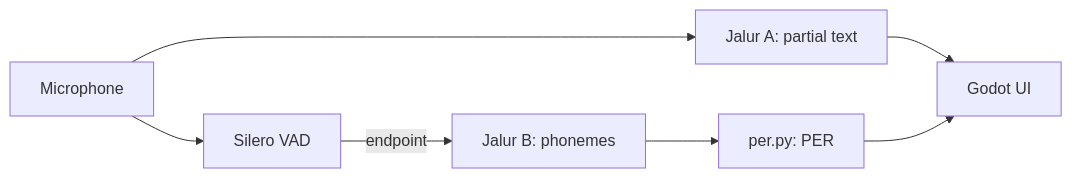
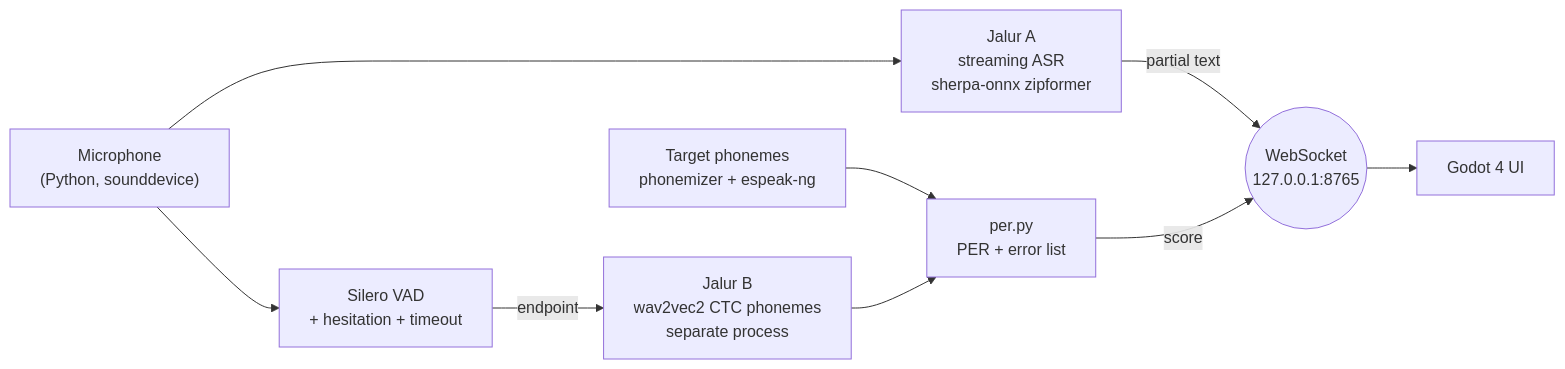
The diagram in README.md (ddrlve/SpellSpeak), drawn with Mermaid before and after one commit. The commit also changed other lines of this file and 1 other file, not shown here.

````diff
--- a/README.md
+++ b/README.md
@@ -12,9 +34,11 @@
 ```mermaid
 flowchart LR
-  Mic[Microphone] --> A[Jalur A: partial text]
-  Mic --> VAD[Silero VAD]
-  VAD -->|endpoint| B[Jalur B: phonemes]
-  B --> PER[per.py: PER]
-  A --> UI[Godot UI]
-  PER --> UI
+  Mic["Microphone<br/>(Python, sounddevice)"] --> A["Jalur A<br/>streaming ASR<br/>sherpa-onnx zipformer"]
+  Mic --> VAD["Silero VAD<br/>+ hesitation + timeout"]
+  VAD -- endpoint --> B["Jalur B<br/>wav2vec2 CTC phonemes<br/>separate process"]
+  T["Target phonemes<br/>phonemizer + espeak-ng"] --> PER["per.py<br/>PER + error list"]
+  B --> PER
+  A -- partial text --> WS(("WebSocket<br/>127.0.0.1:8765"))
+  PER -- score --> WS
+  WS --> UI["Godot 4 UI"]
 ```
````
